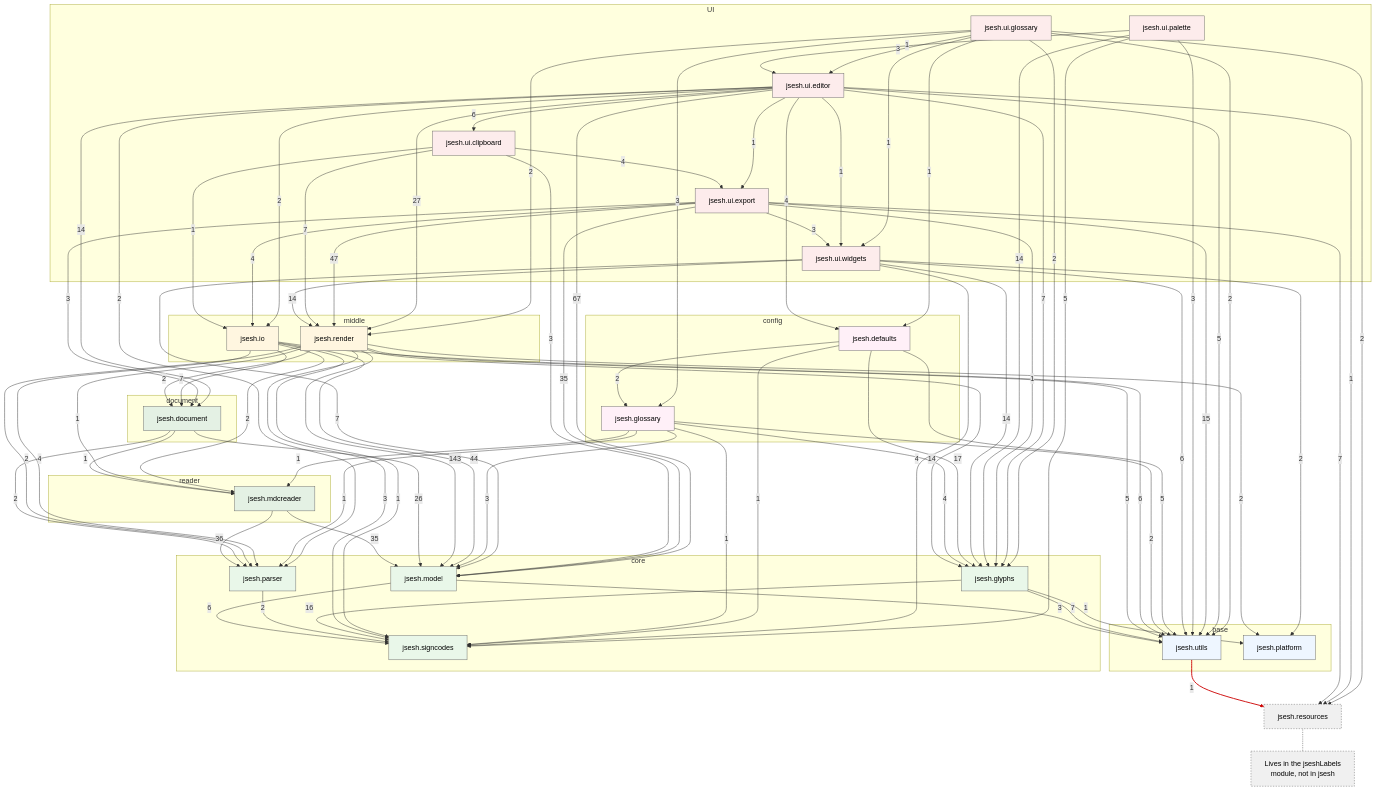
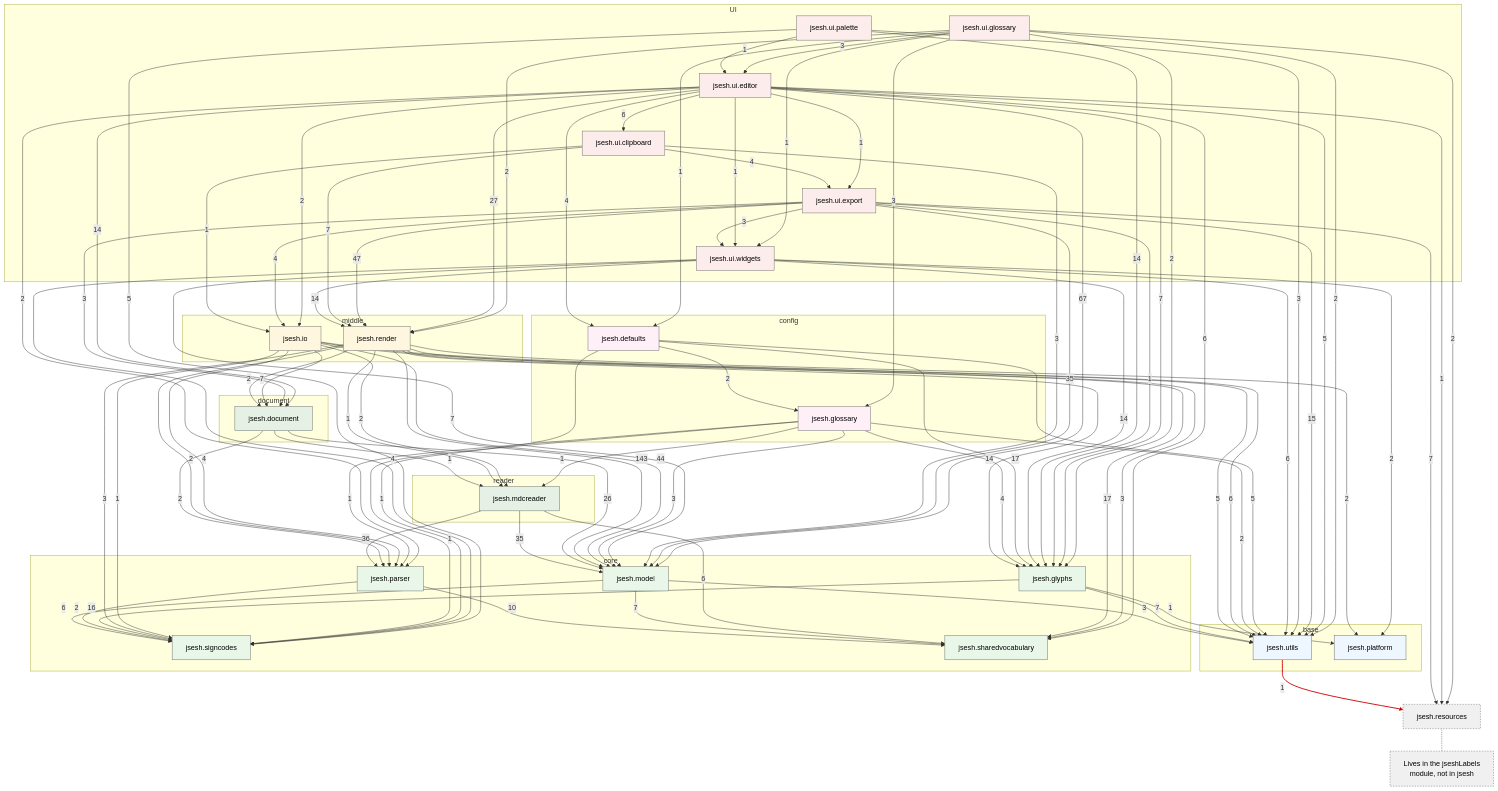
The first of 3 diagrams in 00_Documents/documentation/jsesh-package-dependencies.md (rosmord/jsesh), drawn with Mermaid before and after one commit. The commit also changed other lines of this file and 57 other files, not shown here.

Commit message:
moved shared constants into sharedvocabulary to avoid unnecessary duplication

```diff
--- a/00_Documents/documentation/jsesh-package-dependencies.md
+++ b/00_Documents/documentation/jsesh-package-dependencies.md
@@ -37,6 +37,9 @@
     %%     jsesh.signcodes is now a pure leaf: zero outgoing edges.
     %%   - (earlier) jsesh.model -> jsesh.io removed: the model no longer reaches
     %%     up into serialisation.
+    %%   - 2026-10-30: new pure leaf jsesh.sharedvocabulary (InsertionDirection,
+    %%     KerningAxis, CartouchePart, CartoucheType, WordEnding), shared by
+    %%     jsesh.parser and jsesh.model; edge counts for it are import lines.
     %%   - (earlier) the sign-code core extracted into jsesh.signcodes
     %%     (GardinerCode, ManuelDeCodage, CanonicalCode, HieroglyphCodesSource):
     %%     jsesh.model and jsesh.glyphs used to be a mutual pair; now they both
@@ -67,6 +70,7 @@
 
     subgraph Core[core]
         signcodes[jsesh.signcodes]
+        shared[jsesh.sharedvocabulary]
         model[jsesh.model]
         parser[jsesh.parser]
         glyphs[jsesh.glyphs]
@@ -105,6 +109,12 @@
     model -->|6| signcodes
     model -->|3| utils
     parser -->|2| signcodes
+    parser -->|10| shared
+    model -->|7| shared
+    mdc -->|6| shared
+    render -->|17| shared
+    io -->|3| shared
+    editor -->|6| shared
     mdc -->|36| parser
     mdc -->|35| model
     glyphs -->|16| signcodes
@@ -182,7 +192,7 @@
     res -.- resNote["Lives in the jseshLabels<br/>module, not in jsesh"]
 
     class utils,platform base;
-    class signcodes,model,parser,glyphs core;
+    class signcodes,shared,model,parser,glyphs core;
     class mdc docLayer;
     class doc docLayer;
     class io,render mid;
```
